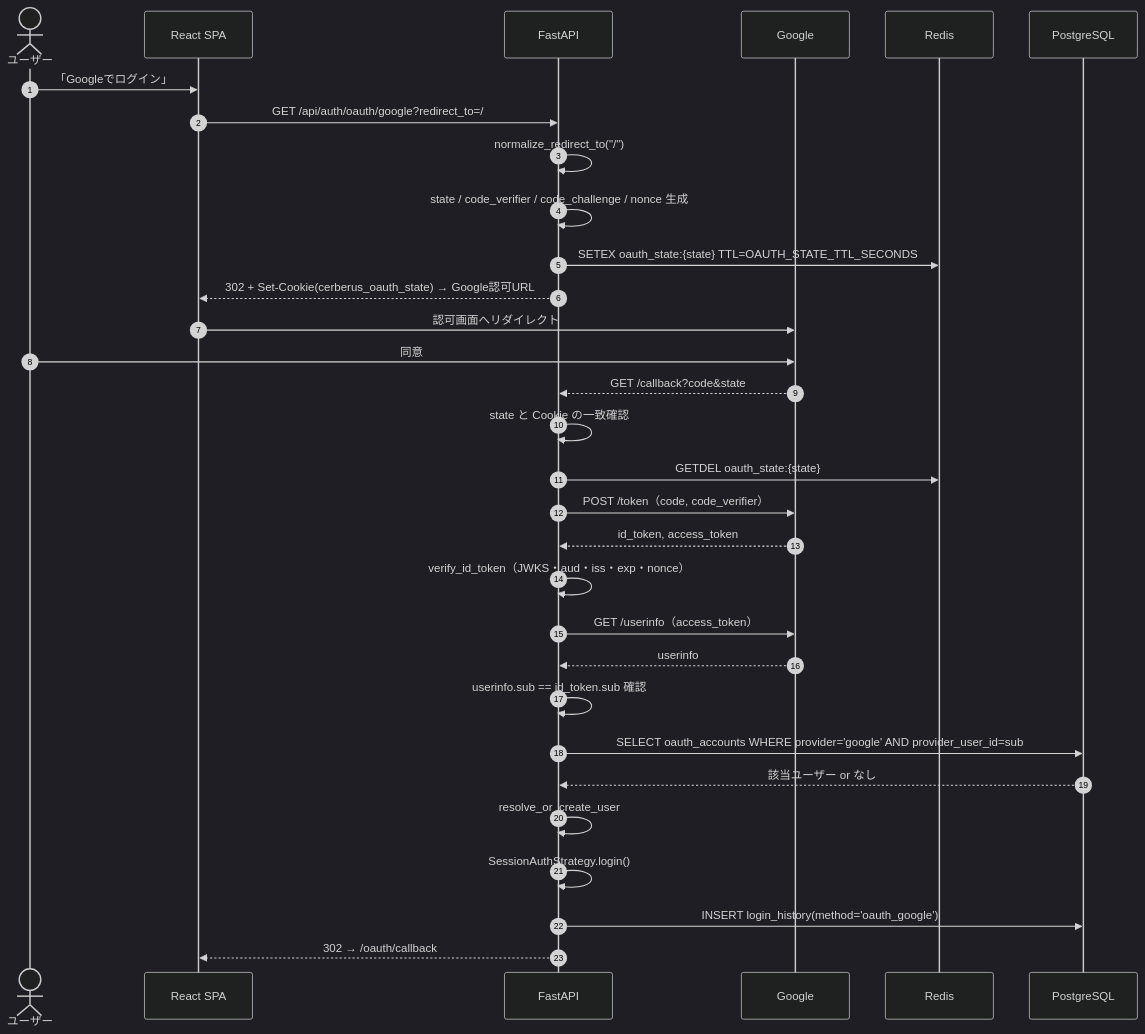
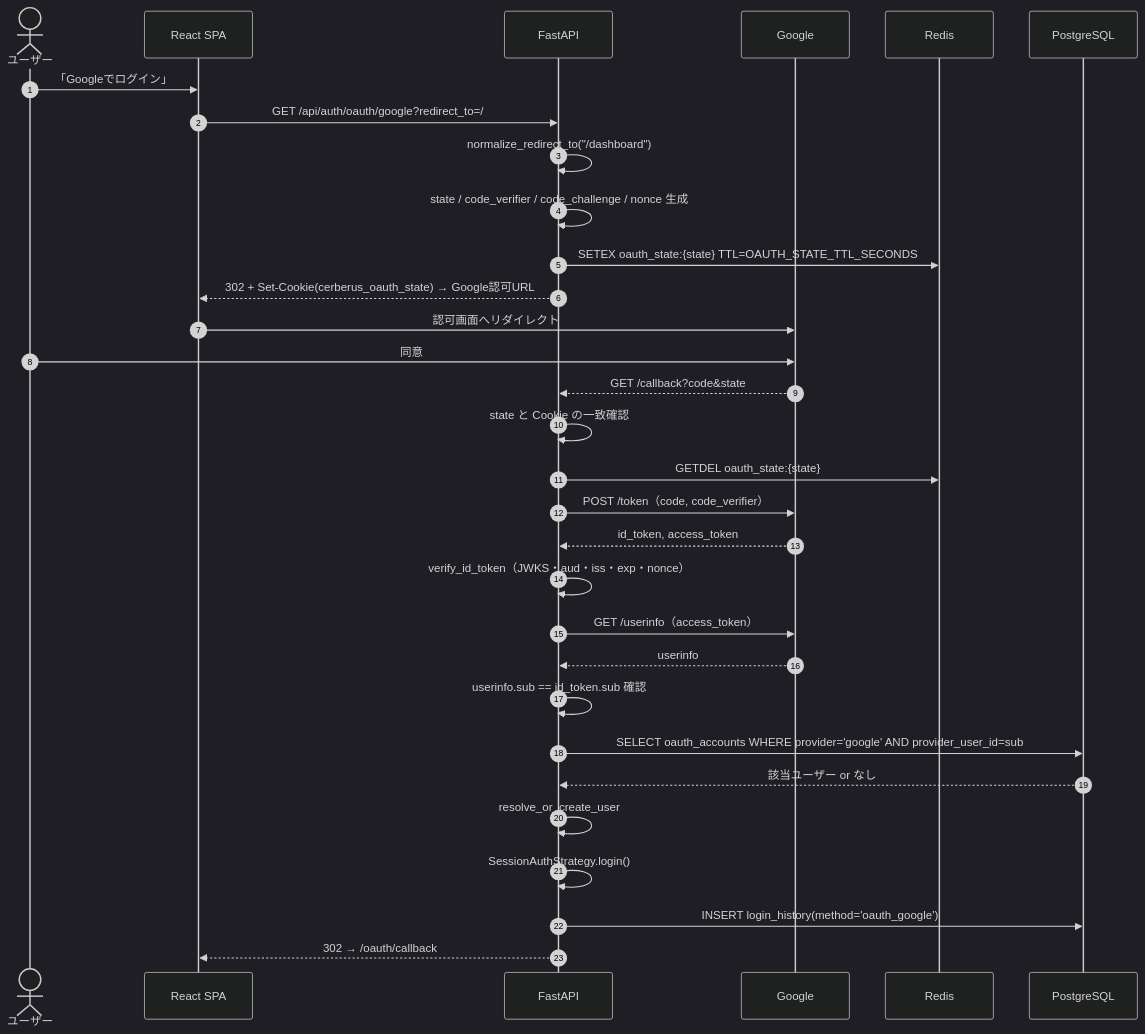
Before and after one commit to oikawa-d/task_management: the first of 5 diagrams in detailed_design/auth/04_google_oauth.md, drawn with Mermaid (dark theme). The commit also changed other lines of this file and 14 other files, not shown here.

````diff
--- a/detailed_design/auth/04_google_oauth.md
+++ b/detailed_design/auth/04_google_oauth.md
@@ -67,34 +67,34 @@
 ```mermaid
 sequenceDiagram
     autonumber
     actor U as ユーザー
     participant FE as React SPA
     participant API as FastAPI
     participant G as Google
     participant RD as Redis
     participant PG as PostgreSQL
 
     U->>FE: 「Googleでログイン」
     FE->>API: GET /api/auth/oauth/google?redirect_to=/
-    API->>API: normalize_redirect_to("/")
+    API->>API: normalize_redirect_to("/dashboard")
     API->>API: state / code_verifier / code_challenge / nonce 生成
     API->>RD: SETEX oauth_state:{state} TTL=OAUTH_STATE_TTL_SECONDS
     API-->>FE: 302 + Set-Cookie(cerberus_oauth_state) → Google認可URL
     FE->>G: 認可画面へリダイレクト
     U->>G: 同意
     G-->>API: GET /callback?code&state
     API->>API: state と Cookie の一致確認
     API->>RD: GETDEL oauth_state:{state}
     API->>G: POST /token（code, code_verifier）
     G-->>API: id_token, access_token
     API->>API: verify_id_token（JWKS・aud・iss・exp・nonce）
     API->>G: GET /userinfo（access_token）
     G-->>API: userinfo
     API->>API: userinfo.sub == id_token.sub 確認
     API->>PG: SELECT oauth_accounts WHERE provider='google' AND provider_user_id=sub
     PG-->>API: 該当ユーザー or なし
     API->>API: resolve_or_create_user
     API->>API: SessionAuthStrategy.login()
     API->>PG: INSERT login_history(method='oauth_google')
     API-->>FE: 302 → /oauth/callback#redirect_to=/（Cookie設定済み）
 ```
````
